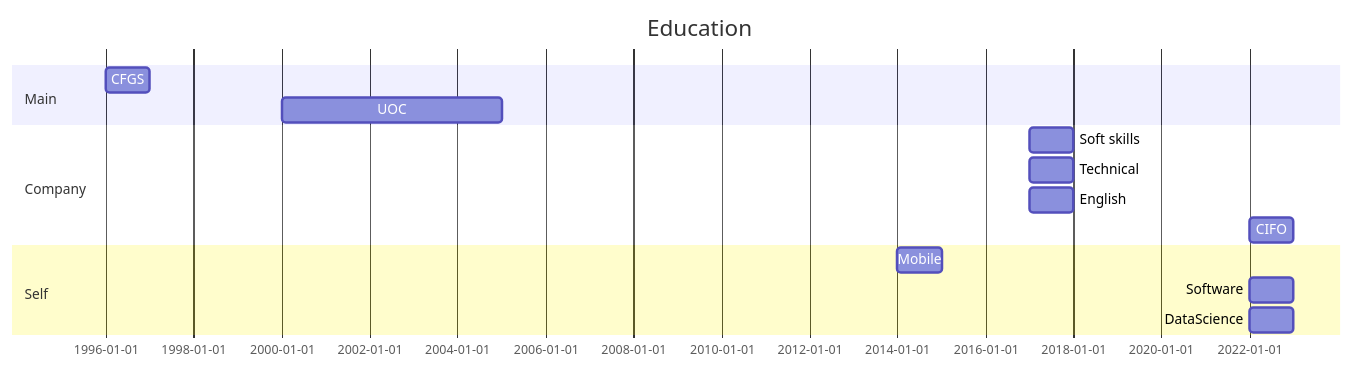
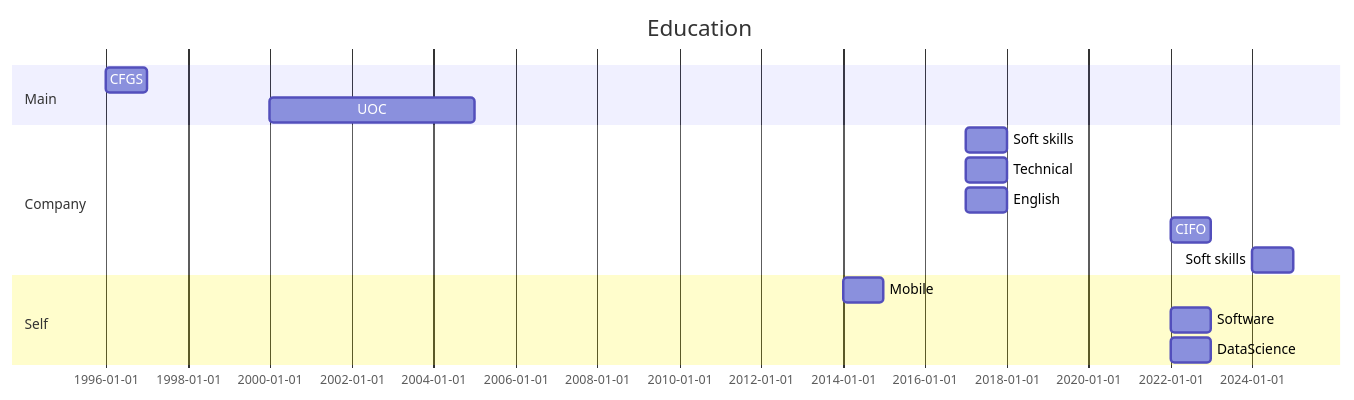
The first of 3 diagrams in metrics.qmd (rarmero/resume), drawn with Mermaid before and after one commit. The commit also changed other lines of this file and 2 other files, not shown here.

`````diff
--- a/metrics.qmd
+++ b/metrics.qmd
@@ -9,17 +9,18 @@
 ```{mermaid}
 gantt
     title Education
     dateFormat  YYYY
     section Main
     CFGS     : 1996, 1y
     UOC  :  2000, 5y
     section Company
     Soft skills : 2017  , 1y
     Technical  : 2017  ,1y
     English    : 2017  ,1y
     CIFO : 2022,1y
+    Soft skills : 2024  , 1y
     section Self
     Mobile : 2014, 1y
     Software : 2022  , 1y
     DataScience    : 2022  ,1y
 ````
`````
